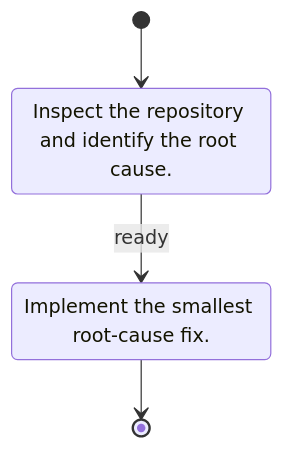
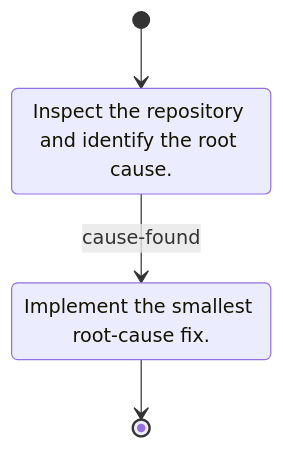
One commit to LordPrkr/pi-prompt-machine changed the first of 2 diagrams in README.md. Above: the diagram before and after it, drawn with Mermaid. The commit also changed other lines of this file, not shown here.

````diff
--- a/README.md
+++ b/README.md
@@ -14,8 +36,8 @@
 ```mermaid
 stateDiagram-v2
   [*] --> inspect
   inspect: Inspect the repository and identify the root cause.
-  inspect --> fix: ready
+  inspect --> fix: cause-found
   fix: Implement the smallest root-cause fix.
   fix --> [*]
 ```
````
